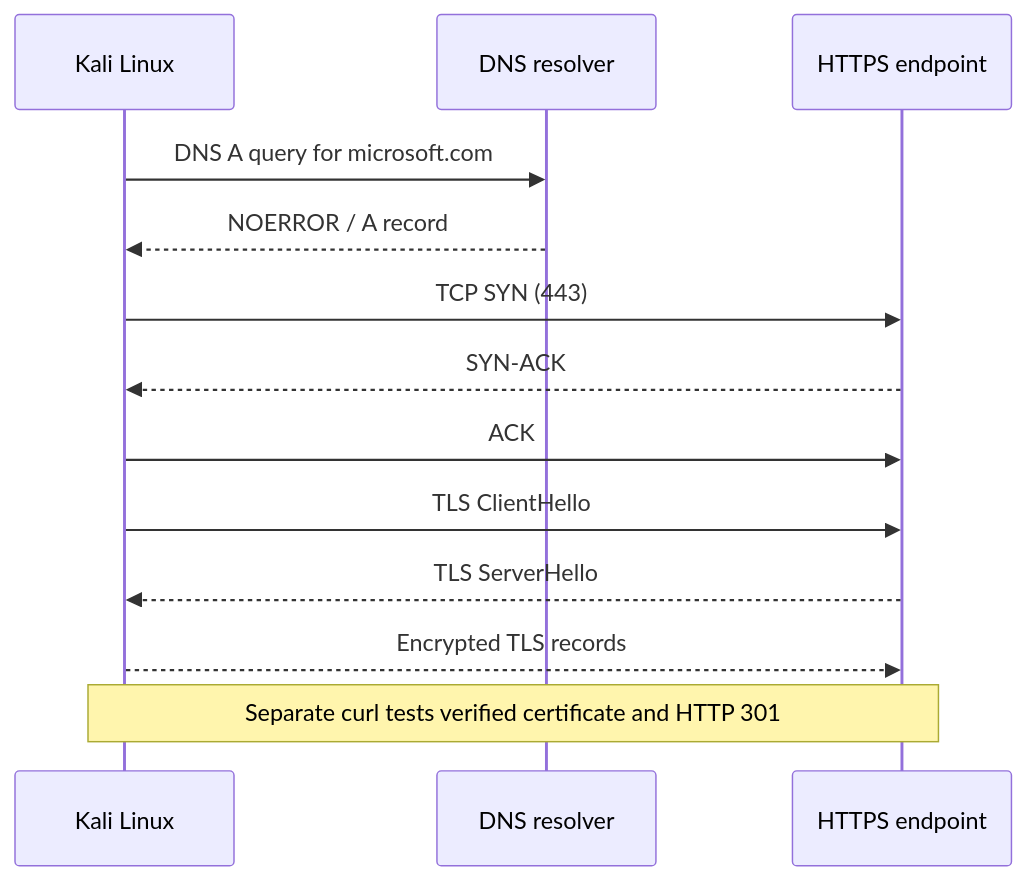
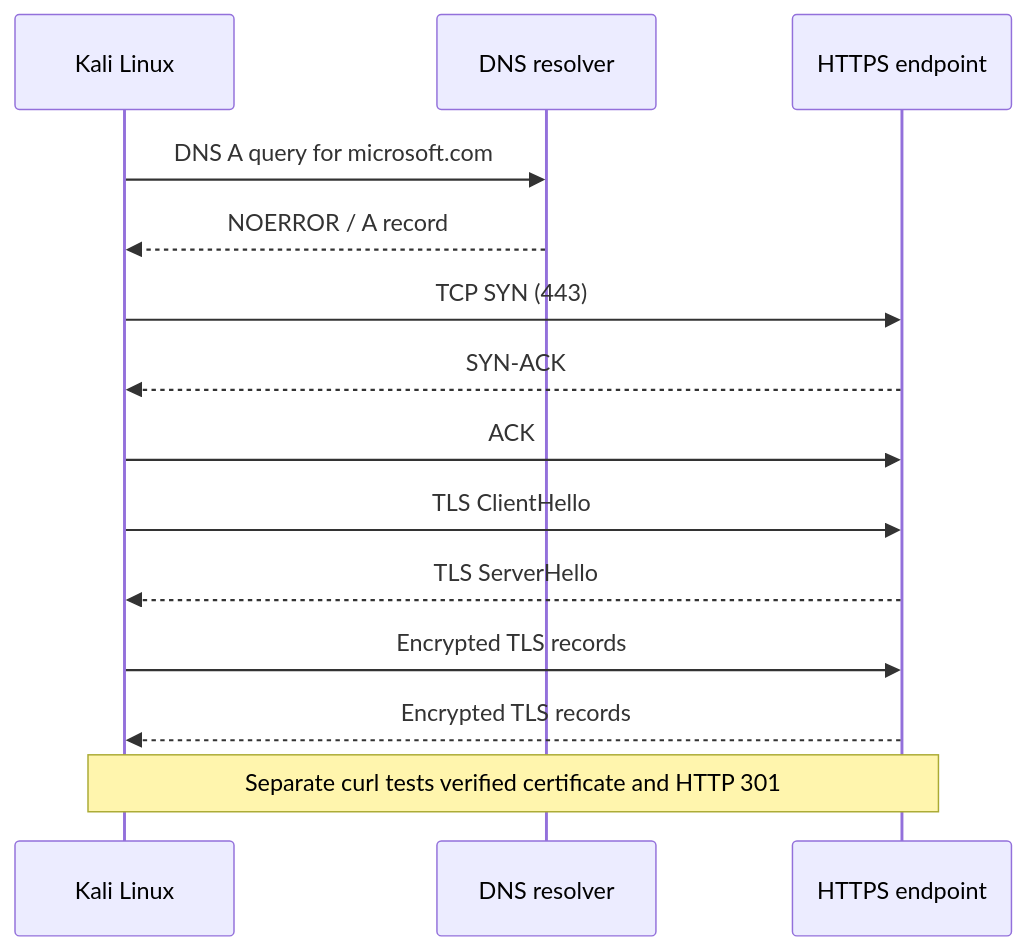
The diagram in README.md (manuelRamote/network-traffic-analysis), drawn with Mermaid before and after one commit.

Commit message:
docs: clarify bidirectional encrypted TLS flow in diagram

````diff
--- a/README.md
+++ b/README.md
@@ -75,15 +75,16 @@
 ```mermaid
 sequenceDiagram
     participant C as Kali Linux
     participant D as DNS resolver
     participant S as HTTPS endpoint
     C->>D: DNS A query for microsoft.com
     D-->>C: NOERROR / A record
     C->>S: TCP SYN (443)
     S-->>C: SYN-ACK
     C->>S: ACK
     C->>S: TLS ClientHello
     S-->>C: TLS ServerHello
-    C-->>S: Encrypted TLS records
+    C->>S: Encrypted TLS records
+    S-->>C: Encrypted TLS records
     Note over C,S: Separate curl tests verified certificate and HTTP 301
 ```
````
